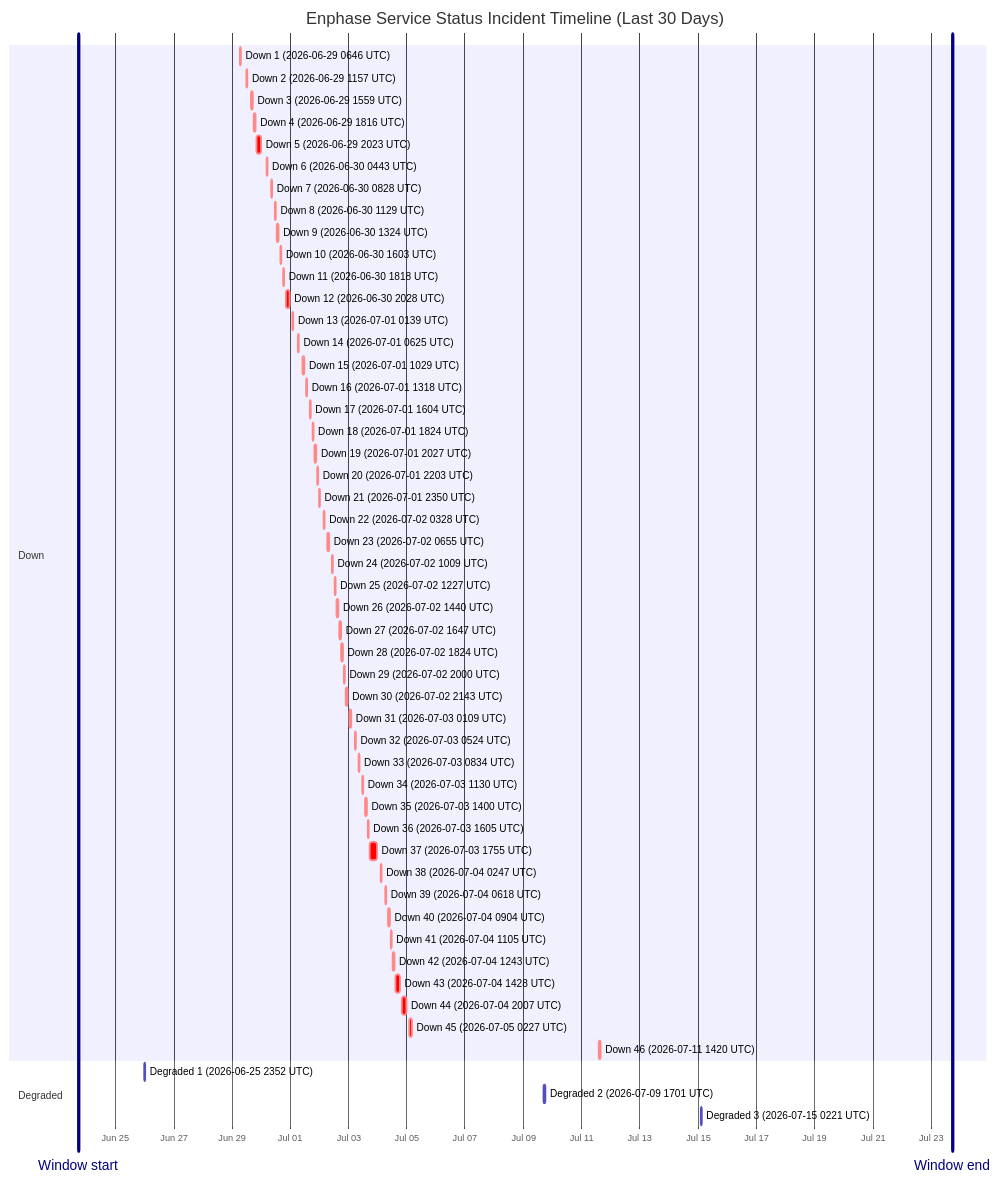
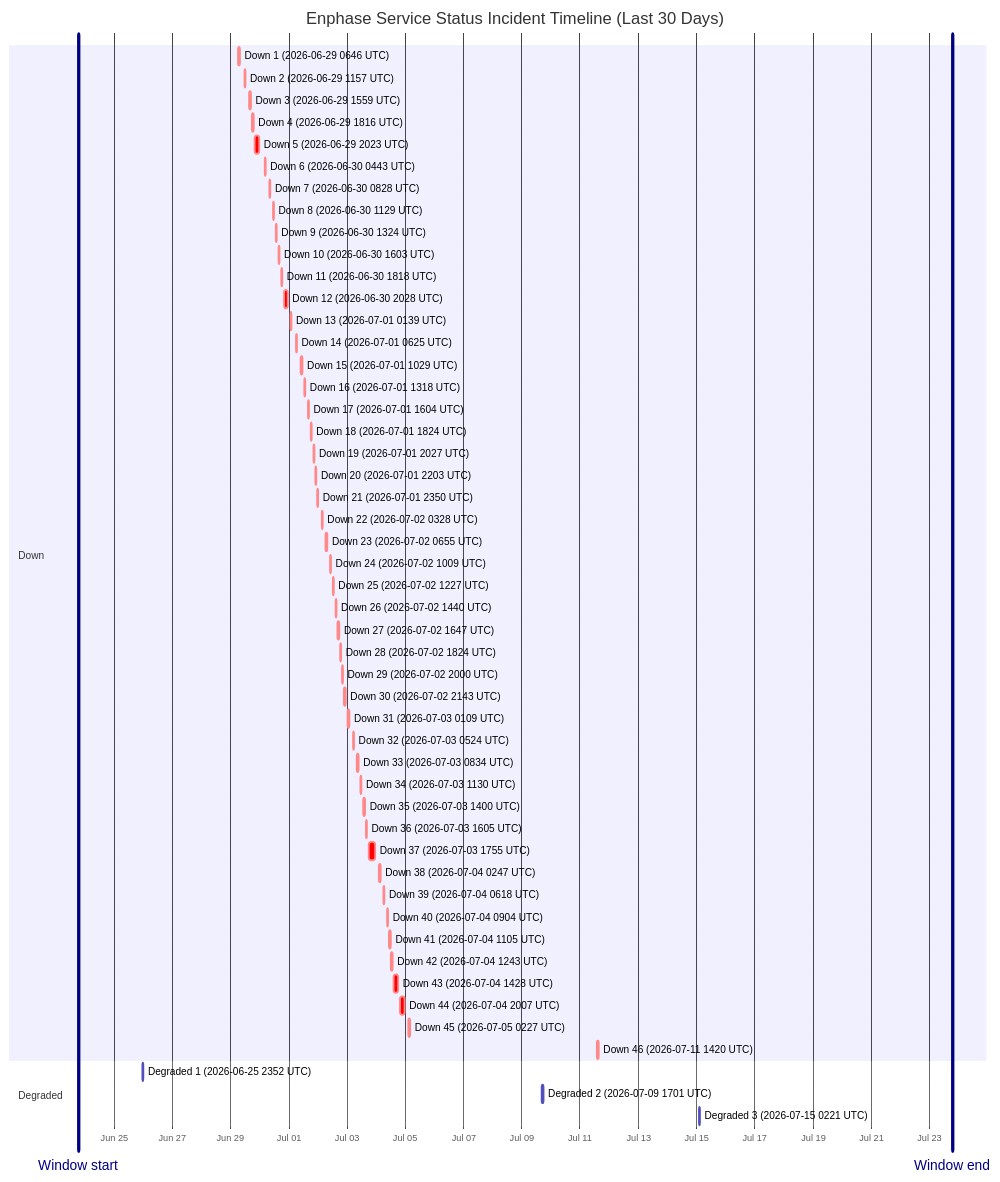
Before and after one commit to barneyonline/ha-enphase-energy: the diagram in wiki/Service-Status-History.md, drawn with Mermaid. The commit also changed other lines of this file and 3 other files, not shown here.

````diff
--- a/wiki/Service-Status-History.md
+++ b/wiki/Service-Status-History.md
@@ -14,59 +14,59 @@
 ```mermaid
 gantt
     title Enphase Service Status Incident Timeline (Last 30 Days)
     dateFormat  YYYY-MM-DDTHH:mm:ss
     axisFormat  %b %d
-    Window start :vert, window-start, 2026-06-23T17:21:15, 0ms
-    Window end :vert, window-end, 2026-07-23T17:21:15, 0ms
+    Window start :vert, window-start, 2026-06-23T18:45:12, 0ms
+    Window end :vert, window-end, 2026-07-23T18:45:12, 0ms
     section Down
     Down 1 (2026-06-29 0646 UTC) :crit, down-1, 2026-06-29T06:46:18, 60m
     Down 2 (2026-06-29 1157 UTC) :crit, down-2, 2026-06-29T11:57:36, 60m
     Down 3 (2026-06-29 1559 UTC) :crit, down-3, 2026-06-29T15:59:02, 60m
     Down 4 (2026-06-29 1816 UTC) :crit, down-4, 2026-06-29T18:16:38, 60m
     Down 5 (2026-06-29 2023 UTC) :crit, down-5, 2026-06-29T20:23:16, 220m
     Down 6 (2026-06-30 0443 UTC) :crit, down-6, 2026-06-30T04:43:54, 60m
     Down 7 (2026-06-30 0828 UTC) :crit, down-7, 2026-06-30T08:28:43, 60m
     Down 8 (2026-06-30 1129 UTC) :crit, down-8, 2026-06-30T11:29:15, 60m
     Down 9 (2026-06-30 1324 UTC) :crit, down-9, 2026-06-30T13:24:25, 60m
     Down 10 (2026-06-30 1603 UTC) :crit, down-10, 2026-06-30T16:03:26, 60m
     Down 11 (2026-06-30 1818 UTC) :crit, down-11, 2026-06-30T18:18:39, 60m
     Down 12 (2026-06-30 2028 UTC) :crit, down-12, 2026-06-30T20:28:54, 171m
     Down 13 (2026-07-01 0139 UTC) :crit, down-13, 2026-07-01T01:39:18, 60m
     Down 14 (2026-07-01 0625 UTC) :crit, down-14, 2026-07-01T06:25:35, 60m
     Down 15 (2026-07-01 1029 UTC) :crit, down-15, 2026-07-01T10:29:24, 60m
     Down 16 (2026-07-01 1318 UTC) :crit, down-16, 2026-07-01T13:18:31, 60m
     Down 17 (2026-07-01 1604 UTC) :crit, down-17, 2026-07-01T16:04:29, 60m
     Down 18 (2026-07-01 1824 UTC) :crit, down-18, 2026-07-01T18:24:21, 60m
     Down 19 (2026-07-01 2027 UTC) :crit, down-19, 2026-07-01T20:27:17, 60m
     Down 20 (2026-07-01 2203 UTC) :crit, down-20, 2026-07-01T22:03:46, 60m
     Down 21 (2026-07-01 2350 UTC) :crit, down-21, 2026-07-01T23:50:52, 60m
     Down 22 (2026-07-02 0328 UTC) :crit, down-22, 2026-07-02T03:28:33, 60m
     Down 23 (2026-07-02 0655 UTC) :crit, down-23, 2026-07-02T06:55:07, 60m
     Down 24 (2026-07-02 1009 UTC) :crit, down-24, 2026-07-02T10:09:15, 60m
     Down 25 (2026-07-02 1227 UTC) :crit, down-25, 2026-07-02T12:27:49, 60m
     Down 26 (2026-07-02 1440 UTC) :crit, down-26, 2026-07-02T14:40:53, 60m
     Down 27 (2026-07-02 1647 UTC) :crit, down-27, 2026-07-02T16:47:47, 60m
     Down 28 (2026-07-02 1824 UTC) :crit, down-28, 2026-07-02T18:24:26, 60m
     Down 29 (2026-07-02 2000 UTC) :crit, down-29, 2026-07-02T20:00:57, 60m
     Down 30 (2026-07-02 2143 UTC) :crit, down-30, 2026-07-02T21:43:52, 80m
     Down 31 (2026-07-03 0109 UTC) :crit, down-31, 2026-07-03T01:09:19, 60m
     Down 32 (2026-07-03 0524 UTC) :crit, down-32, 2026-07-03T05:24:23, 60m
     Down 33 (2026-07-03 0834 UTC) :crit, down-33, 2026-07-03T08:34:05, 60m
     Down 34 (2026-07-03 1130 UTC) :crit, down-34, 2026-07-03T11:30:41, 60m
     Down 35 (2026-07-03 1400 UTC) :crit, down-35, 2026-07-03T14:00:48, 60m
     Down 36 (2026-07-03 1605 UTC) :crit, down-36, 2026-07-03T16:05:49, 60m
     Down 37 (2026-07-03 1755 UTC) :crit, down-37, 2026-07-03T17:55:54, 338m
     Down 38 (2026-07-04 0247 UTC) :crit, down-38, 2026-07-04T02:47:22, 60m
     Down 39 (2026-07-04 0618 UTC) :crit, down-39, 2026-07-04T06:18:09, 60m
     Down 40 (2026-07-04 0904 UTC) :crit, down-40, 2026-07-04T09:04:41, 60m
     Down 41 (2026-07-04 1105 UTC) :crit, down-41, 2026-07-04T11:05:21, 60m
     Down 42 (2026-07-04 1243 UTC) :crit, down-42, 2026-07-04T12:43:25, 60m
     Down 43 (2026-07-04 1428 UTC) :crit, down-43, 2026-07-04T14:28:07, 243m
     Down 44 (2026-07-04 2007 UTC) :crit, down-44, 2026-07-04T20:07:50, 206m
     Down 45 (2026-07-05 0227 UTC) :crit, down-45, 2026-07-05T02:27:32, 109m
     Down 46 (2026-07-11 1420 UTC) :crit, down-46, 2026-07-11T14:20:54, 69m
     section Degraded
     Degraded 1 (2026-06-25 2352 UTC) :active, degraded-1, 2026-06-25T23:52:01, 60m
     Degraded 2 (2026-07-09 1701 UTC) :active, degraded-2, 2026-07-09T17:01:02, 60m
     Degraded 3 (2026-07-15 0221 UTC) :active, degraded-3, 2026-07-15T02:21:35, 60m
 ```
````
